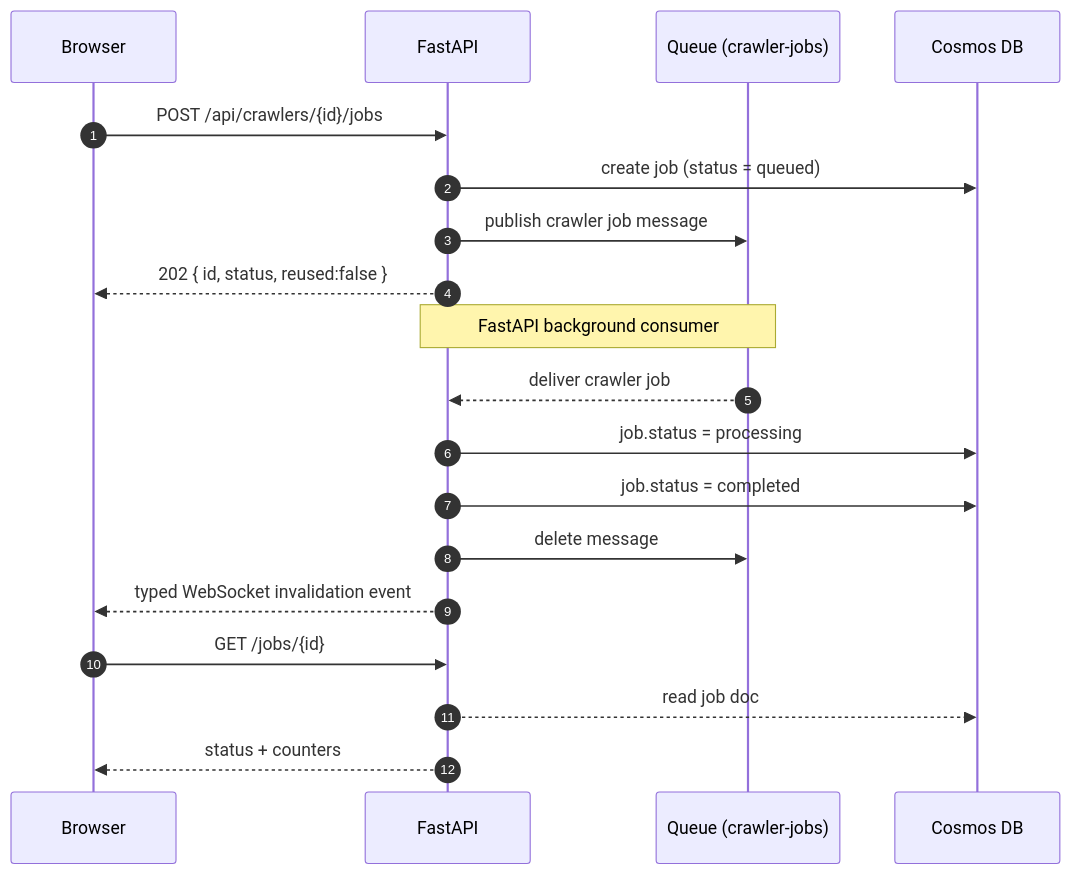
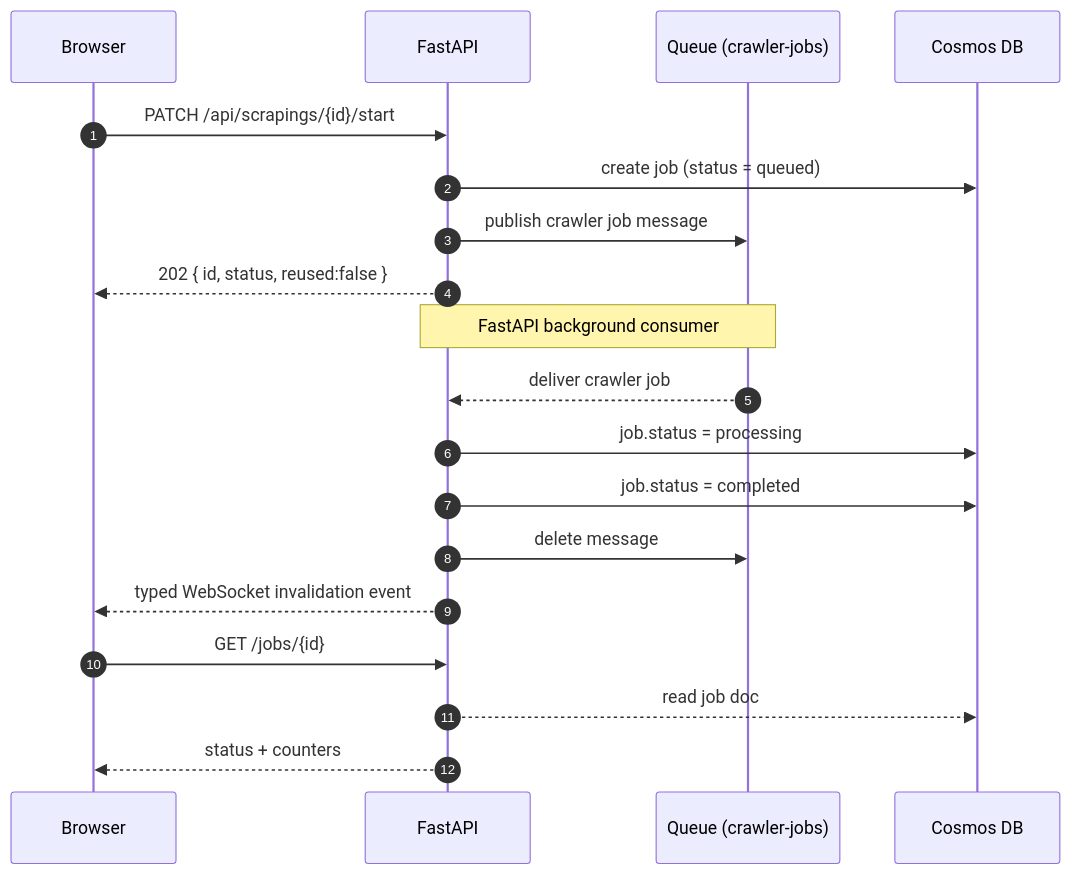
One commit to datntdev0/toolbox-media-studio changed the third of 3 diagrams in docs/architecture.md. Above: the diagram before and after it, drawn with Mermaid. The commit also changed other lines of this file and 22 other files, not shown here.

````diff
--- a/docs/architecture.md
+++ b/docs/architecture.md
@@ -96,24 +96,24 @@
 ```mermaid
 sequenceDiagram
     autonumber
     participant U as Browser
     participant A as FastAPI
     participant Q as Queue (crawler-jobs)
     participant C as Cosmos DB
 
-    U->>A: POST /api/crawlers/{id}/jobs
+    U->>A: PATCH /api/scrapings/{id}/start
     A->>C: create job (status = queued)
     A->>Q: publish crawler job message
     A-->>U: 202 { id, status, reused:false }
 
     Note over A,Q: FastAPI background consumer
     Q-->>A: deliver crawler job
     A->>C: job.status = processing
     A->>C: job.status = completed
     A->>Q: delete message
 
     A-->>U: typed WebSocket invalidation event
     U->>A: GET /jobs/{id}
     A-->>C: read job doc
     A-->>U: status + counters
 ```
````
